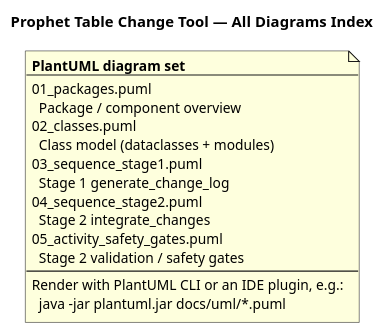
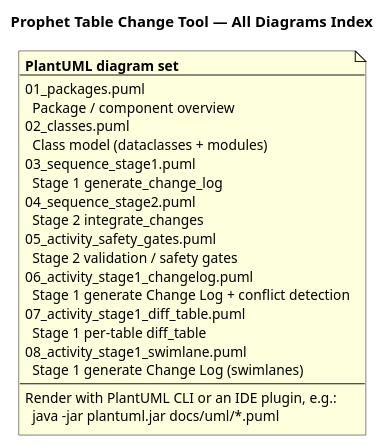
The diagram in docs/uml/00_index.puml (kellccheung/actuarial-table-integration-testing-tool), drawn with PlantUML before and after one commit. The commit also changed 75 other files, not shown here.

First line of the commit message:
Split Change Log reviews into per-folder workbooks and apply Stage 2 changes sequentially in Control order so later CRs see earlier results.

```diff
--- a/docs/uml/00_index.puml
+++ b/docs/uml/00_index.puml
@@ -1,23 +1,29 @@
 @startuml prophet_table_tool_overview
 title Prophet Table Change Tool — All Diagrams Index
 skinparam shadowing false
 
 note as N1
   **PlantUML diagram set**
   ----
   01_packages.puml
     Package / component overview
   02_classes.puml
     Class model (dataclasses + modules)
   03_sequence_stage1.puml
     Stage 1 generate_change_log
   04_sequence_stage2.puml
     Stage 2 integrate_changes
   05_activity_safety_gates.puml
     Stage 2 validation / safety gates
+  06_activity_stage1_changelog.puml
+    Stage 1 generate Change Log + conflict detection
+  07_activity_stage1_diff_table.puml
+    Stage 1 per-table diff_table
+  08_activity_stage1_swimlane.puml
+    Stage 1 generate Change Log (swimlanes)
   ----
   Render with PlantUML CLI or an IDE plugin, e.g.:
     java -jar plantuml.jar docs/uml/*.puml
 end note
 
 @enduml
```
